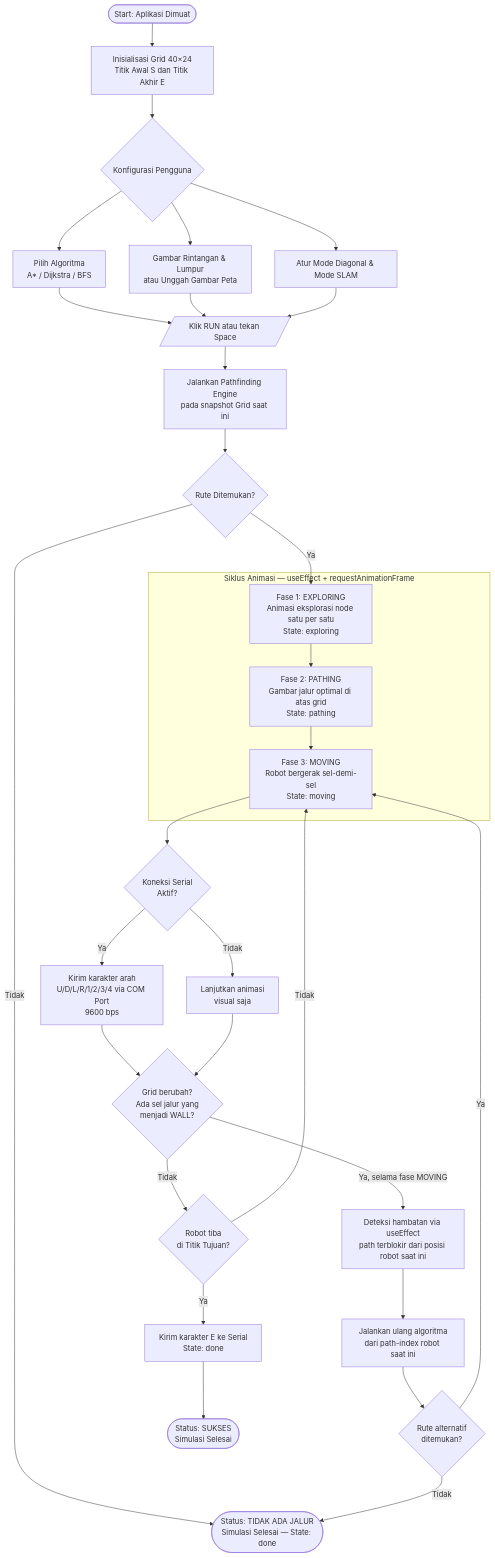
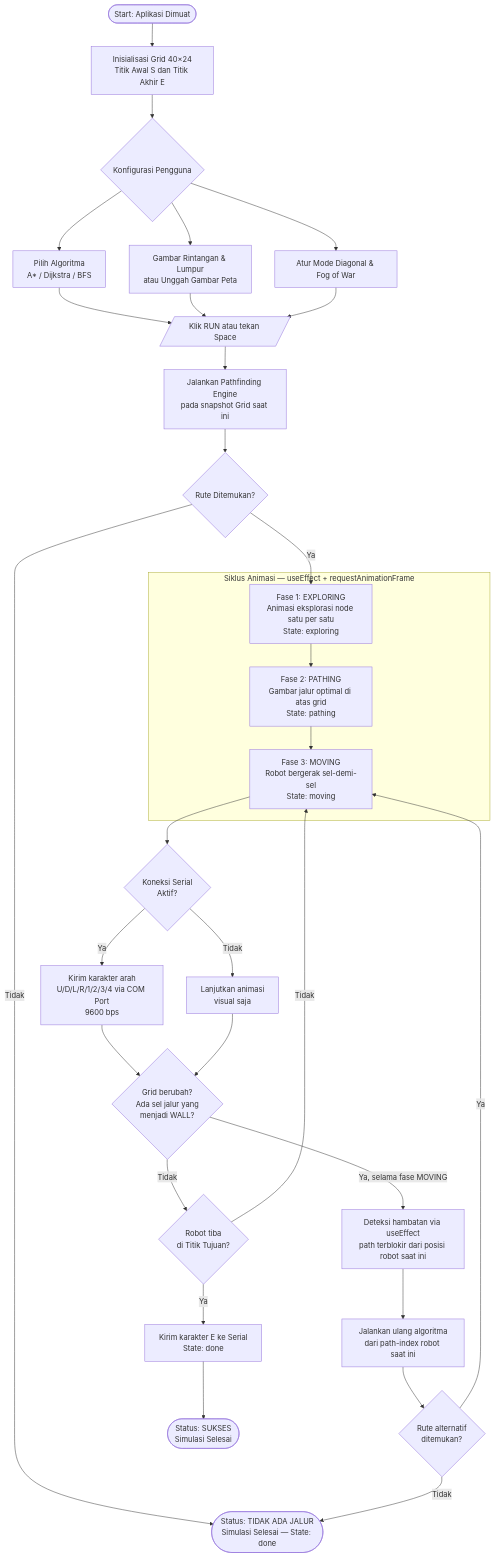
One commit to adnan-rabban/uas-arkom changed the first of 3 diagrams in README.md. Above: the diagram before and after it, drawn with Mermaid. The commit also changed other lines of this file, not shown here.

Commit message:
docs(readme): rewrite academic descriptions on BFS pathing, strict corner-cutting, full-recomputation replanning, and Fog of War terminology

````diff
--- a/README.md
+++ b/README.md
@@ -139,39 +146,39 @@
 ```mermaid
 graph TD
   A([Start: Aplikasi Dimuat]) --> B["Inisialisasi Grid 40×24<br/>Titik Awal S dan Titik Akhir E"]
   B --> C{Konfigurasi Pengguna}
   C --> C1["Pilih Algoritma<br/>A* / Dijkstra / BFS"]
   C --> C2["Gambar Rintangan & Lumpur<br/>atau Unggah Gambar Peta"]
-  C --> C3["Atur Mode Diagonal & Mode SLAM"]
+  C --> C3["Atur Mode Diagonal & Fog of War"]
   C1 & C2 & C3 --> D[/Klik RUN atau tekan Space/]
 
   D --> E["Jalankan Pathfinding Engine<br/>pada snapshot Grid saat ini"]
   E --> F{"Rute Ditemukan?"}
 
   F -- Tidak --> Z(["Status: TIDAK ADA JALUR<br/>Simulasi Selesai — State: done"])
   F -- Ya --> G
 
   subgraph ANIMASI ["Siklus Animasi — useEffect + requestAnimationFrame"]
     G["Fase 1: EXPLORING<br/>Animasi eksplorasi node satu per satu<br/>State: exploring"]
     G --> H["Fase 2: PATHING<br/>Gambar jalur optimal di atas grid<br/>State: pathing"]
     H --> I["Fase 3: MOVING<br/>Robot bergerak sel-demi-sel<br/>State: moving"]
   end
 
   I --> J{"Koneksi Serial<br/>Aktif?"}
   J -- Ya --> K["Kirim karakter arah<br/>U/D/L/R/1/2/3/4 via COM Port<br/>9600 bps"]
   J -- Tidak --> L["Lanjutkan animasi<br/>visual saja"]
   K --> M
   L --> M
 
   M{"Grid berubah?<br/>Ada sel jalur yang<br/>menjadi WALL?"}
   M -- Ya, selama fase MOVING --> N["Deteksi hambatan via useEffect<br/>path terblokir dari posisi robot saat ini"]
   N --> O["Jalankan ulang algoritma<br/>dari path-index robot saat ini"]
   O --> P{"Rute alternatif<br/>ditemukan?"}
   P -- Tidak --> Z
   P -- Ya --> I
 
   M -- Tidak --> Q{"Robot tiba<br/>di Titik Tujuan?"}
   Q -- Tidak --> I
   Q -- Ya --> R["Kirim karakter E ke Serial<br/>State: done"]
   R --> S(["Status: SUKSES<br/>Simulasi Selesai"])
 ```
````
